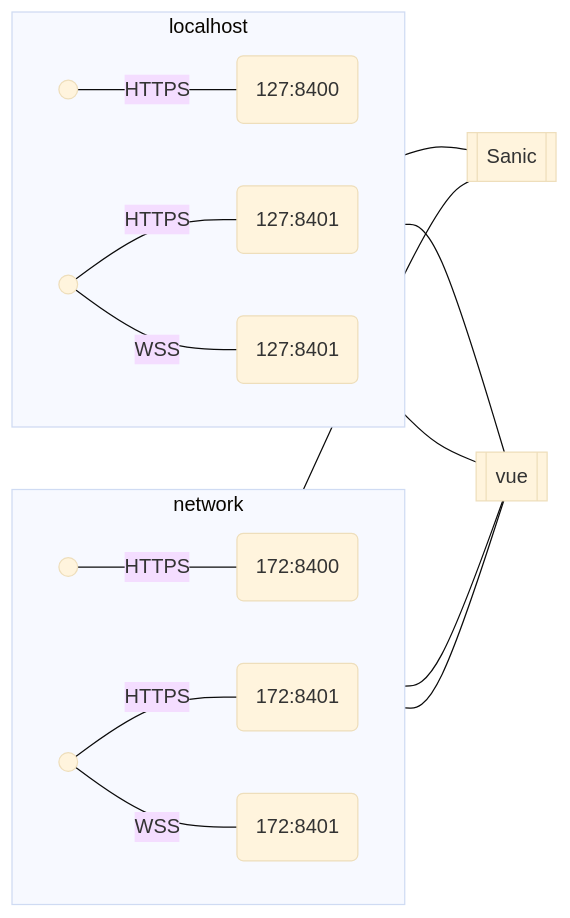
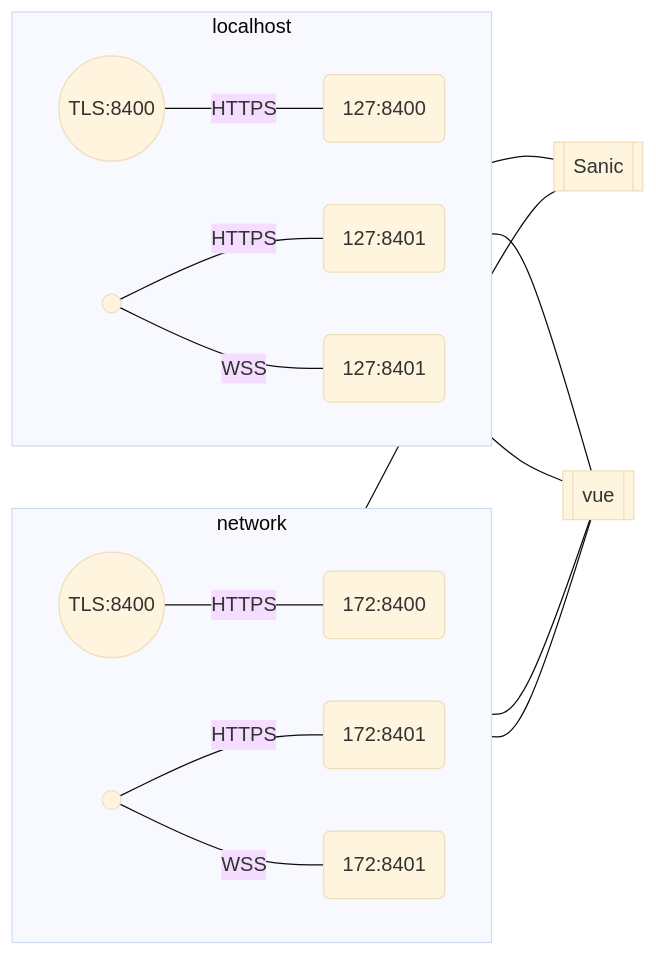
Before and after one commit to smucclaw/gsheet: the first of 4 diagrams in natural4-server/natural4_server/nginx-proxy.md, drawn with Mermaid (base theme). The commit also changed other lines of this file, not shown here.

Commit message:
Add decorations

````diff
--- a/natural4-server/natural4_server/nginx-proxy.md
+++ b/natural4-server/natural4_server/nginx-proxy.md
@@ -6,21 +6,21 @@
 ```mermaid
 flowchart LR
     subgraph network
         direction LR
-        network_tls_8400_port(( ))-- HTTPS ---network_https_8400(172:8400)
-        network_tls_8401_port(( ))-- HTTPS ---network_https_8401(172:8401)
+        network_tls_8400_port(( TLS:8400 ))-- HTTPS ---network_https_8400(172:8400)
+        network_tls_8401_port(( TLS:8401 ))-- HTTPS ---network_https_8401(172:8401)
         network_tls_8401_port(( ))-- WSS ---network_wss_8401(172:8401)
     end
     subgraph localhost
         direction LR
-        loop_https_8400_port(( ))-- HTTPS ---loop_https_8400(127:8400)
-        loop_tls_8401_port(( ))-- HTTPS ---loop_https_8401(127:8401)
+        loop_https_8400_port(( TLS:8400 ))-- HTTPS ---loop_https_8400(127:8400)
+        loop_tls_8401_port(( TLS:8401 ))-- HTTPS ---loop_https_8401(127:8401)
         loop_tls_8401_port(( ))-- WSS ---loop_wss_8401(127:8401)
     end
     network_https_8400---sanic[[ Sanic ]]
     loop_https_8400---sanic
     network_https_8401---vue[[ vue ]]
     loop_https_8401---vue
     loop_wss_8401---vue
     network_wss_8401---vue
 ```
````
